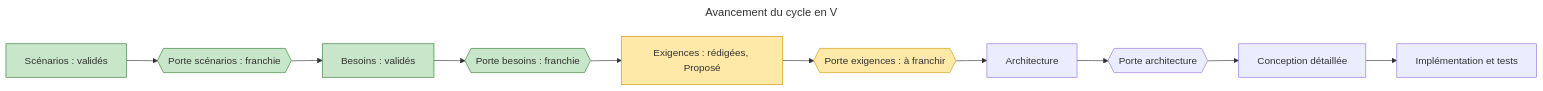
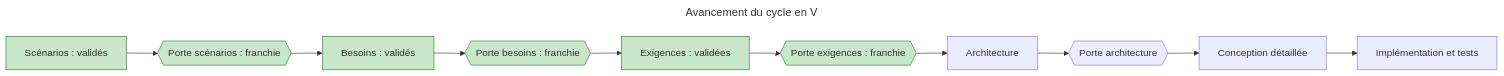
One commit to thourymatthieu-png/coworker_archi_system changed the diagram in projets/boomrone/reprise.md. Above: the diagram before and after it, drawn with Mermaid. The commit also changed other lines of this file and 2 other files, not shown here.

First line of the commit message:
Boomrone : DEC-217, porte exigences franchie sur accord explicite de l'utilisateur

````diff
--- a/projets/boomrone/reprise.md
+++ b/projets/boomrone/reprise.md
@@ -10,19 +10,19 @@
 ```mermaid
 ---
 title: "Avancement du cycle en V"
 ---
 flowchart LR
     S["Scénarios : validés"] --> PS{{"Porte scénarios : franchie"}}
     PS --> B["Besoins : validés"]
     B --> PB{{"Porte besoins : franchie"}}
-    PB --> R["Exigences : rédigées, Proposé"]
-    R --> PR{{"Porte exigences : à franchir"}}
+    PB --> R["Exigences : validées"]
+    R --> PR{{"Porte exigences : franchie"}}
     PR --> A["Architecture"]
     A --> PA{{"Porte architecture"}}
     PA --> D["Conception détaillée"]
     D --> I["Implémentation et tests"]
     classDef fait fill:#c8e6c9,stroke:#2e7d32
     classDef cours fill:#ffe9a8,stroke:#c90
     class S,PS,B,PB fait
-    class R,PR cours
+    class R,PR fait
 ```
````
